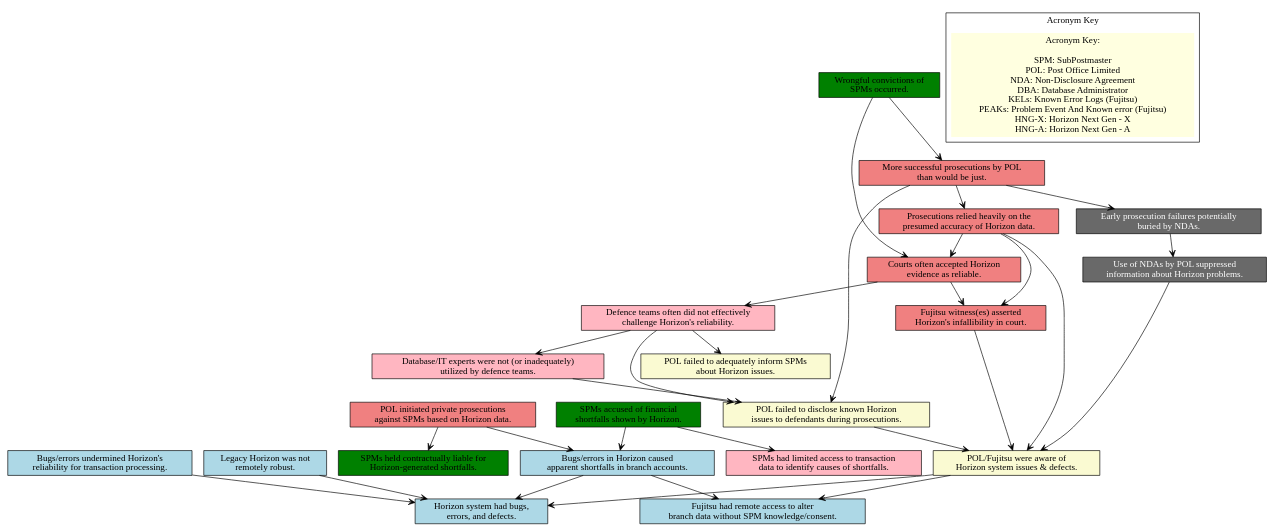
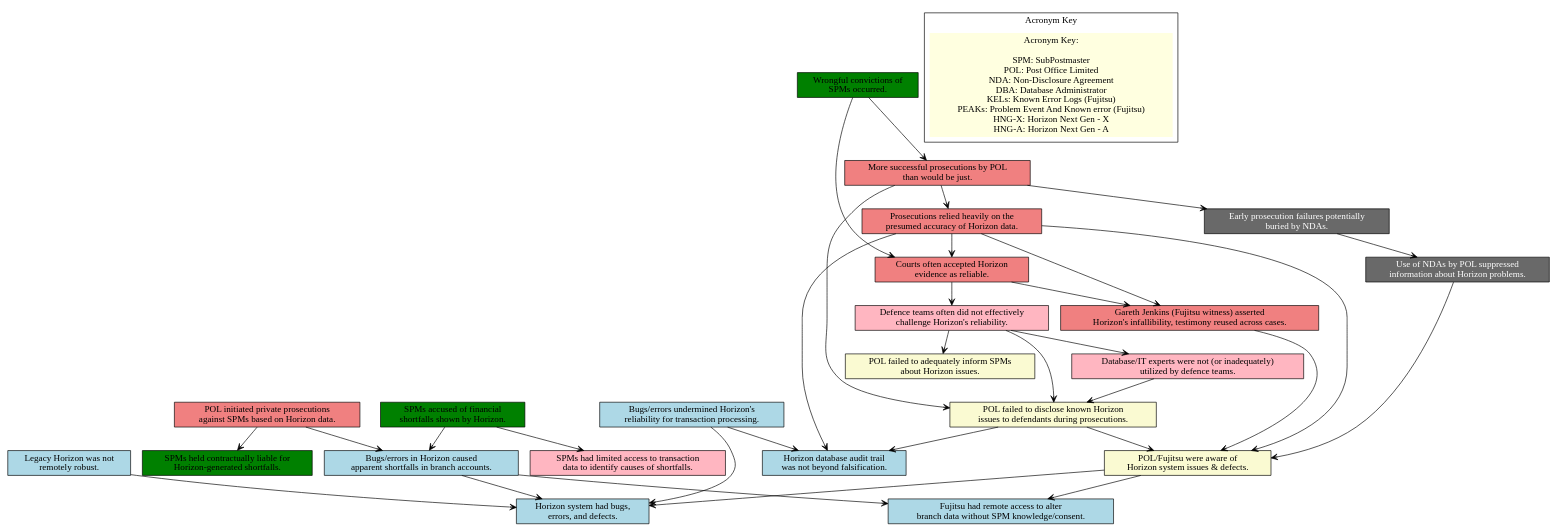
Before and after one commit to paul-hammant/pohi-evidence: the diagram in post_office_horizon_reality_tree.dot, drawn with Graphviz.

Commit message:
Here's my plan for updating the Horizon reality tree DOT graph:
- I'll refine the Fujitsu witness node to specifically mention Gareth Jenkins and the reuse of his testimony.
- I'll add a new node 'audit_trail_fallible' to represent that the Horizon database audit trail was not beyond falsification.
- I'll link audit trail fallibility to Horizon's unreliability, reliance on its data, and POL's failure to disclose this issue.

These changes will incorporate more specific details from your feedback regarding key aspects of the Horizon Inquiry.

```diff
--- a/post_office_horizon_reality_tree.dot
+++ b/post_office_horizon_reality_tree.dot
@@ -1,72 +1,78 @@
 digraph RealityTree {
   graph [charset="UTF-8"];
   node [shape=box, style="filled,rounded"]; // Default style, individual nodes will override fillcolor
   edge [arrowhead=vee];
 
   // Node Definitions
   horizon_bugs [label="Horizon system had bugs,\nerrors, and defects.", style=filled, fillcolor=lightblue];
   horizon_shortfalls [label="Bugs/errors in Horizon caused\napparent shortfalls in branch accounts.", style=filled, fillcolor=lightblue];
   horizon_unreliable [label="Bugs/errors undermined Horizon's\nreliability for transaction processing.", style=filled, fillcolor=lightblue];
   legacy_horizon_not_robust [label="Legacy Horizon was not\nremotely robust.", style=filled, fillcolor=lightblue];
   remote_access_fujitsu [label="Fujitsu had remote access to alter\nbranch data without SPM knowledge/consent.", style=filled, fillcolor=lightblue];
+  audit_trail_fallible [label="Horizon database audit trail\nwas not beyond falsification.", style=filled, fillcolor=lightblue];
 
   pol_knew_issues [label="POL/Fujitsu were aware of\nHorizon system issues & defects.", style=filled, fillcolor=lightgoldenrodyellow];
   pol_failed_disclosure_prosecutions [label="POL failed to disclose known Horizon\nissues to defendants during prosecutions.", style=filled, fillcolor=lightgoldenrodyellow];
   pol_failed_disclosure_spms [label="POL failed to adequately inform SPMs\nabout Horizon issues.", style=filled, fillcolor=lightgoldenrodyellow];
 
   pol_prosecutes_spms [label="POL initiated private prosecutions\nagainst SPMs based on Horizon data.", style=filled, fillcolor=lightcoral];
   reliance_on_horizon_data [label="Prosecutions relied heavily on the\npresumed accuracy of Horizon data.", style=filled, fillcolor=lightcoral];
-  fujitsu_witness_infallibility [label="Fujitsu witness(es) asserted\nHorizon's infallibility in court.", style=filled, fillcolor=lightcoral];
+  fujitsu_witness_infallibility [label="Gareth Jenkins (Fujitsu witness) asserted\nHorizon's infallibility, testimony reused across cases.", style=filled, fillcolor=lightcoral];
   courts_accepted_horizon_evidence [label="Courts often accepted Horizon\nevidence as reliable.", style=filled, fillcolor=lightcoral];
   unjust_prosecutions [label="More successful prosecutions by POL\nthan would be just.", style=filled, fillcolor=lightcoral];
 
   ndas_suppressed_info [label="Use of NDAs by POL suppressed\ninformation about Horizon problems.", style=filled, fillcolor=dimgrey, fontcolor=white];
   failed_prosecutions_buried_ndas [label="Early prosecution failures potentially\nburied by NDAs.", style=filled, fillcolor=dimgrey, fontcolor=white];
 
   defense_did_not_challenge_horizon [label="Defence teams often did not effectively\nchallenge Horizon's reliability.", style=filled, fillcolor=lightpink];
   dba_experts_not_used [label="Database/IT experts were not (or inadequately)\nutilized by defence teams.", style=filled, fillcolor=lightpink];
   limited_data_access_spms [label="SPMs had limited access to transaction\ndata to identify causes of shortfalls.", style=filled, fillcolor=lightpink];
 
   spms_accused_of_shortfalls [label="SPMs accused of financial\nshortfalls shown by Horizon.", style=filled, fillcolor=green];
   spms_contractual_liability [label="SPMs held contractually liable for\nHorizon-generated shortfalls.", style=filled, fillcolor=green];
   wrongful_convictions [label="Wrongful convictions of\nSPMs occurred.", style=filled, fillcolor=green];
 
   // Relationships (Effect -> Cause)
   horizon_shortfalls -> horizon_bugs;
   horizon_shortfalls -> remote_access_fujitsu;
   horizon_unreliable -> horizon_bugs;
   pol_prosecutes_spms -> horizon_shortfalls;
   pol_prosecutes_spms -> spms_contractual_liability;
   spms_accused_of_shortfalls -> horizon_shortfalls;
   reliance_on_horizon_data -> pol_knew_issues;
   reliance_on_horizon_data -> fujitsu_witness_infallibility;
   reliance_on_horizon_data -> courts_accepted_horizon_evidence;
   courts_accepted_horizon_evidence -> fujitsu_witness_infallibility;
   courts_accepted_horizon_evidence -> defense_did_not_challenge_horizon;
   pol_failed_disclosure_prosecutions -> pol_knew_issues;
   defense_did_not_challenge_horizon -> pol_failed_disclosure_prosecutions;
   defense_did_not_challenge_horizon -> dba_experts_not_used;
   dba_experts_not_used -> pol_failed_disclosure_prosecutions;
   fujitsu_witness_infallibility -> pol_knew_issues;
   unjust_prosecutions -> reliance_on_horizon_data;
   unjust_prosecutions -> pol_failed_disclosure_prosecutions;
   unjust_prosecutions -> failed_prosecutions_buried_ndas;
   failed_prosecutions_buried_ndas -> ndas_suppressed_info;
   ndas_suppressed_info -> pol_knew_issues;
   wrongful_convictions -> unjust_prosecutions;
   wrongful_convictions -> courts_accepted_horizon_evidence;
   spms_accused_of_shortfalls -> limited_data_access_spms;
 
   // Additional relationships based on context (optional but good for completeness)
   legacy_horizon_not_robust -> horizon_bugs;
   pol_knew_issues -> horizon_bugs;
   pol_knew_issues -> remote_access_fujitsu;
   // Relationship for the newly uncommented node - assuming it's a cause for defense challenges
   defense_did_not_challenge_horizon -> pol_failed_disclosure_spms;
 
+  // New relationships for audit_trail_fallible
+  horizon_unreliable -> audit_trail_fallible;
+  reliance_on_horizon_data -> audit_trail_fallible;
+  pol_failed_disclosure_prosecutions -> audit_trail_fallible;
+
   subgraph cluster_legend {
     label = "Acronym Key";
     node [style=filled, fillcolor=lightyellow, shape=plaintext]; // Default style for legend block
     legend_key [label="Acronym Key:\n\nSPM: SubPostmaster\nPOL: Post Office Limited\nNDA: Non-Disclosure Agreement\nDBA: Database Administrator\nKELs: Known Error Logs (Fujitsu)\nPEAKs: Problem Event And Known error (Fujitsu)\nHNG-X: Horizon Next Gen - X\nHNG-A: Horizon Next Gen - A", style=filled, fillcolor=lightyellow, shape=plaintext];
   }
 }
```
